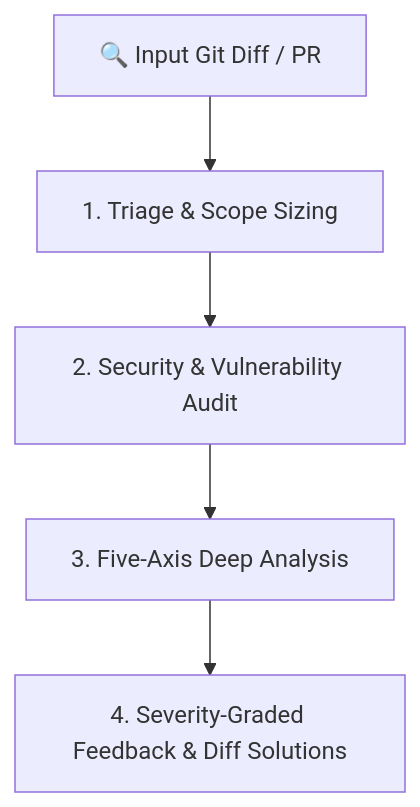
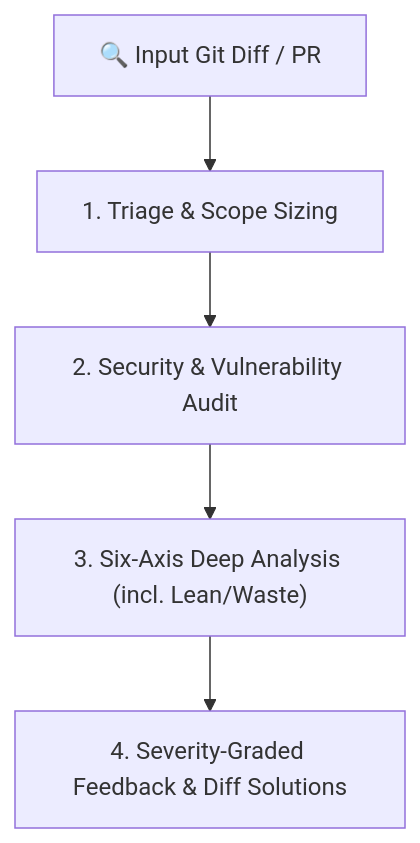
One commit to asnayem1122/Skill_Master changed the diagram in .agent/skills/code-review-excellence/SKILL.md. Above: the diagram before and after it, drawn with Mermaid. The commit also changed other lines of this file and 5 other files, not shown here.

````diff
--- a/.agent/skills/code-review-excellence/SKILL.md
+++ b/.agent/skills/code-review-excellence/SKILL.md
@@ -37,7 +33,7 @@
 ```mermaid
 flowchart TD
     Diff["🔍 Input Git Diff / PR"] --> T1["1. Triage & Scope Sizing"]
     T1 --> T2["2. Security & Vulnerability Audit"]
-    T2 --> T3["3. Five-Axis Deep Analysis"]
+    T2 --> T3["3. Six-Axis Deep Analysis (incl. Lean/Waste)"]
     T3 --> T4["4. Severity-Graded Feedback & Diff Solutions"]
 ```
````
